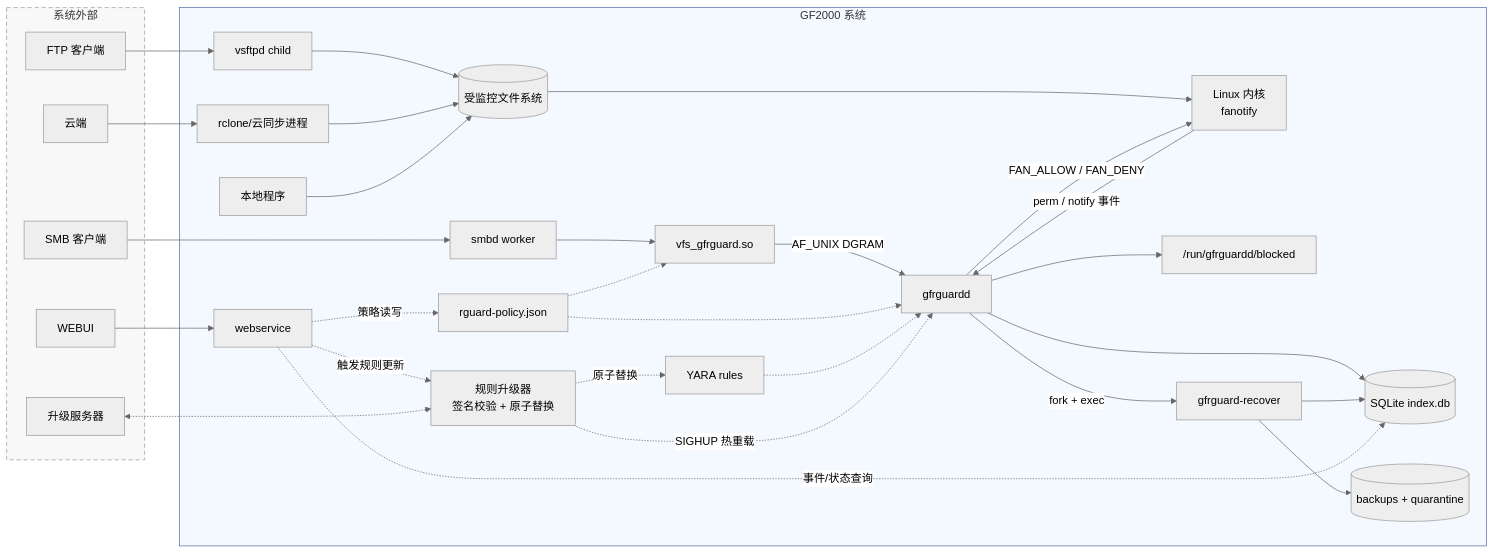
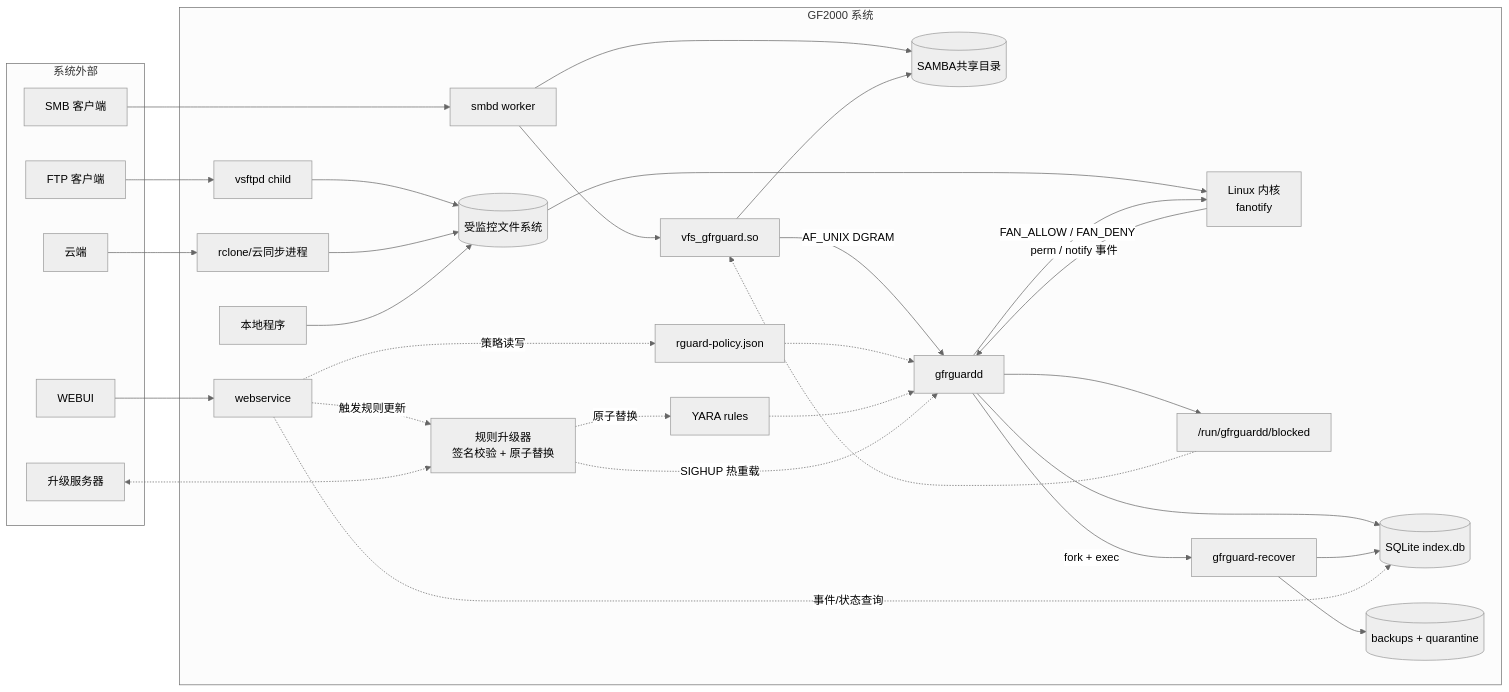
The first of 7 diagrams in doc/specs/architecture_v2.md (xd121614/ne_gfrguard), drawn with Mermaid (neutral theme) before and after one commit. The commit also changed other lines of this file, not shown here.

Commit message:
逻辑视图优化，去掉部署视图

````diff
--- a/doc/specs/architecture_v2.md
+++ b/doc/specs/architecture_v2.md
@@ -127,60 +127,60 @@
 ```mermaid
 flowchart LR
 	subgraph EXT["系统外部"]
 		SMB[SMB 客户端]
 		FTP[FTP 客户端]
 		CLOUD[云端]
 		UPDATESERVER[升级服务器]
 		WEB[WEBUI]
 	end
 
 	subgraph SYS["GF2000 系统"]
 		SMBD[smbd worker]
 		FTPD[vsftpd child]
 		RCLONE[rclone/云同步进程]
 		LOCAL[本地程序]
+        SHARE[(SAMBA共享目录)]
 		FS[(受监控文件系统)]
 		VFS[vfs_gfrguard.so]
 		KERNEL[Linux 内核<br/>fanotify]
 		D[gfrguardd]
 		DB[(SQLite index.db)]
 		BLOCKED["/run/gfrguardd/blocked"]
 		REC[gfrguard-recover]
 		STORE[(backups + quarantine)]
 		CFG[rguard-policy.json]
 		RULES[YARA rules]
 		WSS[webservice]
 		RULEUP[规则升级器<br/>签名校验 + 原子替换]
 
+		SMBD --> SHARE
 		SMBD --> VFS
+		VFS --> SHARE
 		FTPD --> FS
 		RCLONE --> FS
 		LOCAL --> FS
 		VFS -->|AF_UNIX DGRAM| D
 		FS --> KERNEL
 		KERNEL -->|perm / notify 事件| D
 		D -->|FAN_ALLOW / FAN_DENY| KERNEL
 		D --> DB
 		D --> BLOCKED
 		D -->|fork + exec| REC
 		REC --> STORE
 		REC --> DB
-		CFG -.-> VFS
+		BLOCKED -.-> VFS
 		CFG -.-> D
 		RULES -.-> D
 		WEB --> WSS
 		WSS -.->|策略读写| CFG
 		WSS -.->|事件/状态查询| DB
 		WSS -.->|触发规则更新| RULEUP
 		RULEUP -.->|原子替换| RULES
 		RULEUP -.->|SIGHUP 热重载| D
 	end
 
 	SMB --> SMBD
 	FTP --> FTPD
 	CLOUD --> RCLONE
 	UPDATESERVER <-.-> RULEUP
-
-	style EXT fill:#f8f8f8,stroke:#999,stroke-dasharray:6 4
-	style SYS fill:#f4f8ff,stroke:#4a6fa5
 ```
````
